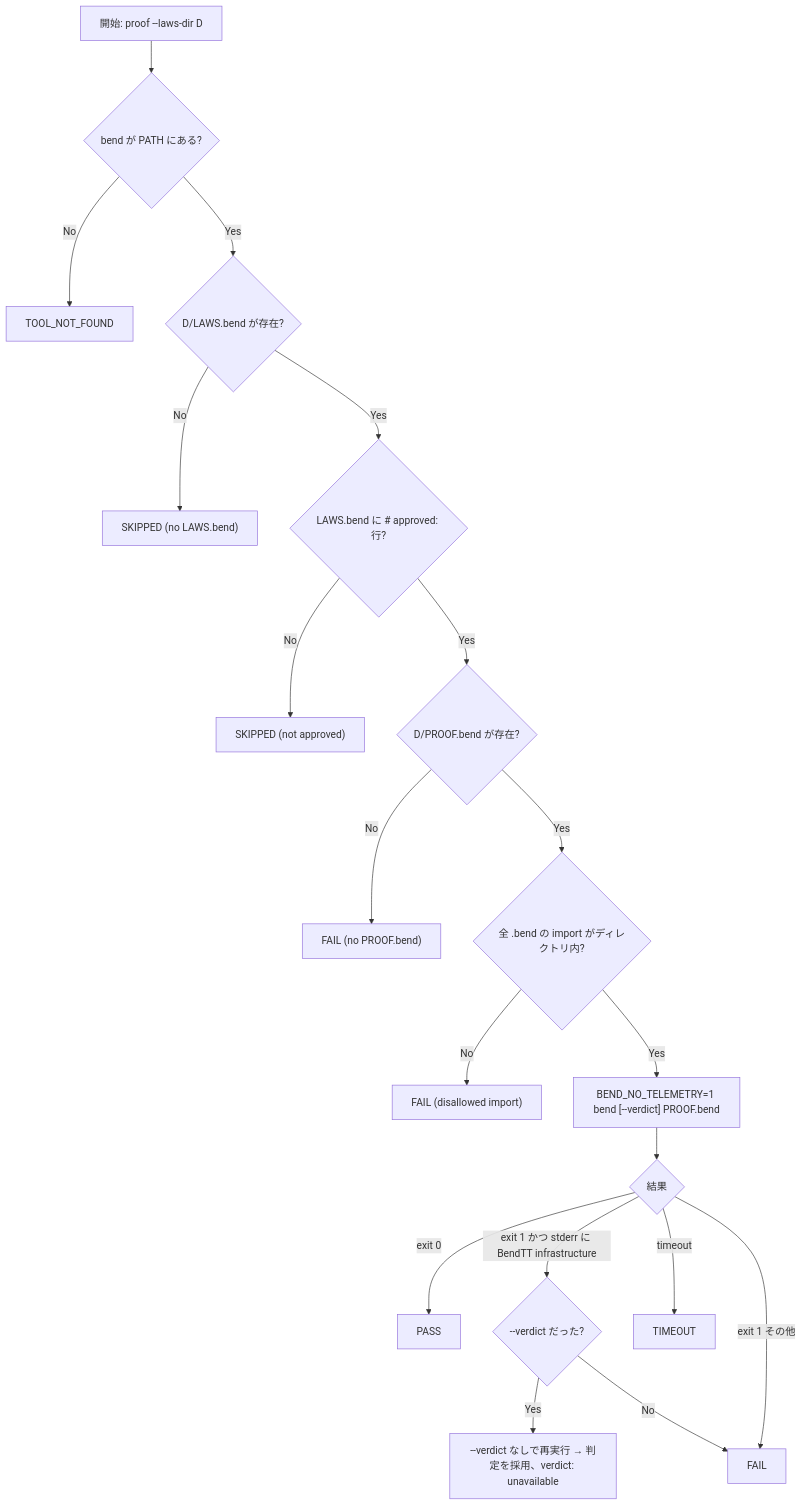
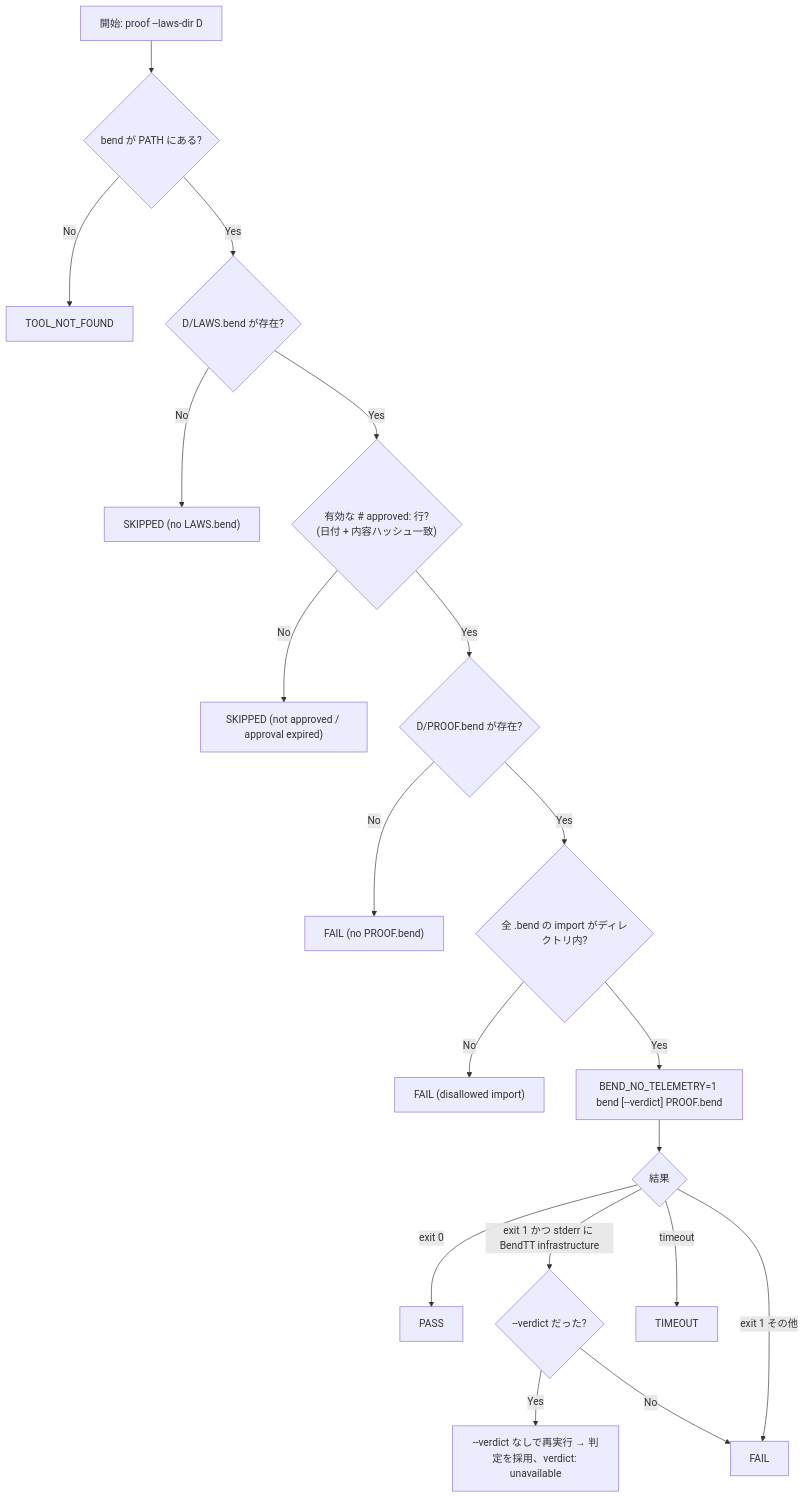
Before and after one commit to ToshikiImagawa/ai-sdd-workflow-dev: the second of 2 diagrams in .sdd/task/149/design-draft.md, drawn with Mermaid. The commit also changed other lines of this file and 3 other files, not shown here.

````diff
--- a/.sdd/task/149/design-draft.md
+++ b/.sdd/task/149/design-draft.md
@@ -128,21 +129,21 @@
 ```mermaid
 flowchart TD
     A[開始: proof --laws-dir D] --> B{bend が PATH にある?}
     B -- No --> TNF[TOOL_NOT_FOUND]
     B -- Yes --> C{D/LAWS.bend が存在?}
     C -- No --> SK1["SKIPPED (no LAWS.bend)"]
-    C -- Yes --> D{"LAWS.bend に # approved: 行?"}
-    D -- No --> SK2["SKIPPED (not approved)"]
+    C -- Yes --> D{"有効な # approved: 行?<br/>(日付 + 内容ハッシュ一致)"}
+    D -- No --> SK2["SKIPPED (not approved / approval expired)"]
     D -- Yes --> E{D/PROOF.bend が存在?}
     E -- No --> F1["FAIL (no PROOF.bend)"]
     E -- Yes --> G{"全 .bend の import がディレクトリ内?"}
     G -- No --> F2["FAIL (disallowed import)"]
     G -- Yes --> H["BEND_NO_TELEMETRY=1 bend [--verdict] PROOF.bend"]
     H --> I{結果}
     I -- "exit 0" --> PASS
     I -- "exit 1 かつ stderr に BendTT infrastructure" --> J{"--verdict だった?"}
     J -- Yes --> K["--verdict なしで再実行 → 判定を採用、verdict: unavailable"]
     J -- No --> F3[FAIL]
     I -- "exit 1 その他" --> F3
     I -- "timeout" --> TO[TIMEOUT]
 ```
````
